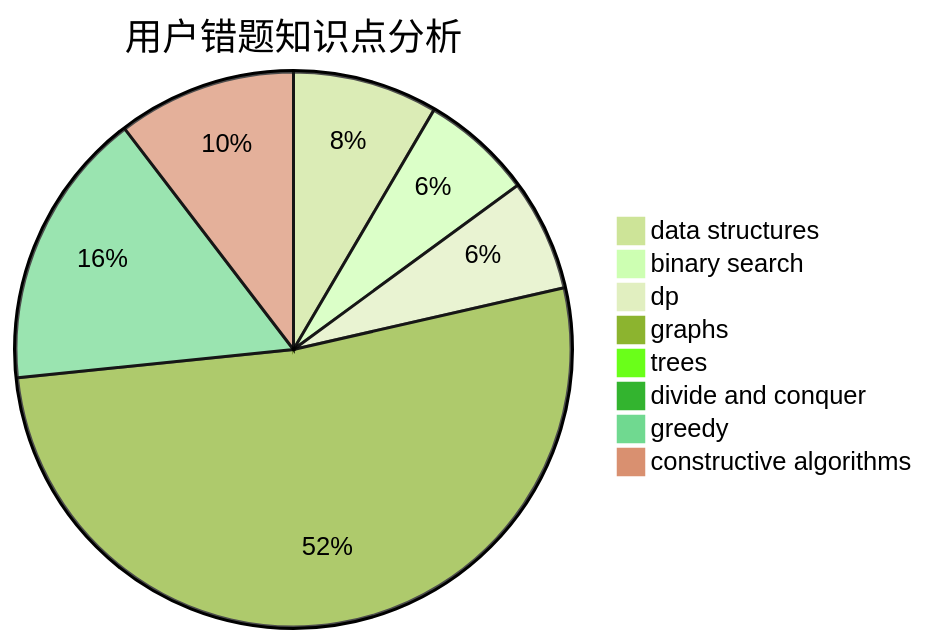
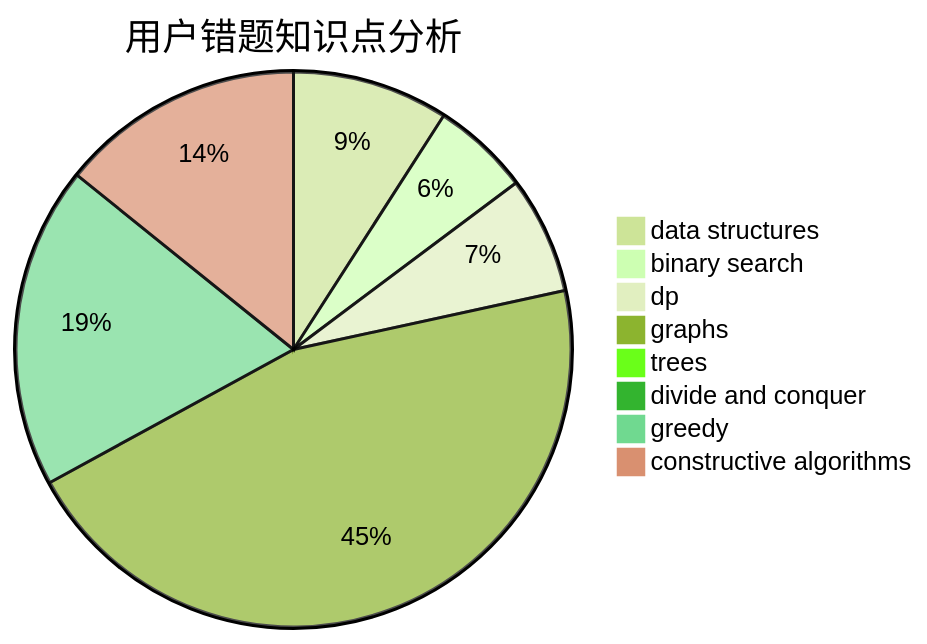
The third of 3 diagrams in docs/user/u360.md (sherpahu/cfrs.github.io), drawn with Mermaid (forest theme) before and after one commit. The commit also changed other lines of this file and 2770 other files, not shown here.

````diff
--- a/docs/user/u360.md
+++ b/docs/user/u360.md
@@ -36,11 +36,11 @@
 ```mermaid
 pie title 用户错题知识点分析
-    "data structures" :  13
+    "data structures" :  16
     "binary search" :  10
-    "dp" :  10
+    "dp" :  12
     "graphs" :  80
     "trees" :  1
     "divide and conquer" :  0
-    "greedy" :  25
-    "constructive algorithms" :  16
+    "greedy" :  33
+    "constructive algorithms" :  25
 ```
````
